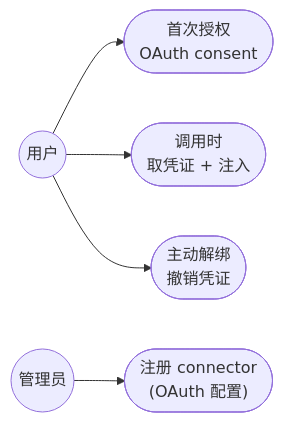
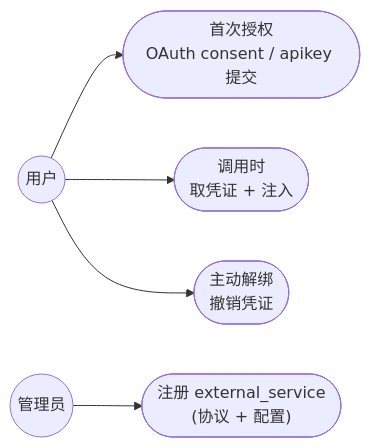
One commit to Summy2104/fleetent changed the third of 3 diagrams in docs/capabilities/connectors.md. Above: the diagram before and after it, drawn with Mermaid. The commit also changed other lines of this file and 3 other files, not shown here.

````diff
--- a/docs/capabilities/connectors.md
+++ b/docs/capabilities/connectors.md
@@ -306,15 +339,15 @@
 ```mermaid
 graph LR
     USER(("用户"))
     ADMIN(("管理员"))
 
-    UC1(["首次授权<br/>OAuth consent"])
+    UC1(["首次授权<br/>OAuth consent / apikey 提交"])
     UC2(["调用时<br/>取凭证 + 注入"])
     UC3(["主动解绑<br/>撤销凭证"])
-    UC4(["注册 connector<br/>(OAuth 配置)"])
+    UC4(["注册 external_service<br/>(协议 + 配置)"])
 
     USER --> UC1
     USER --> UC2
     USER --> UC3
     ADMIN --> UC4
 ```
````
